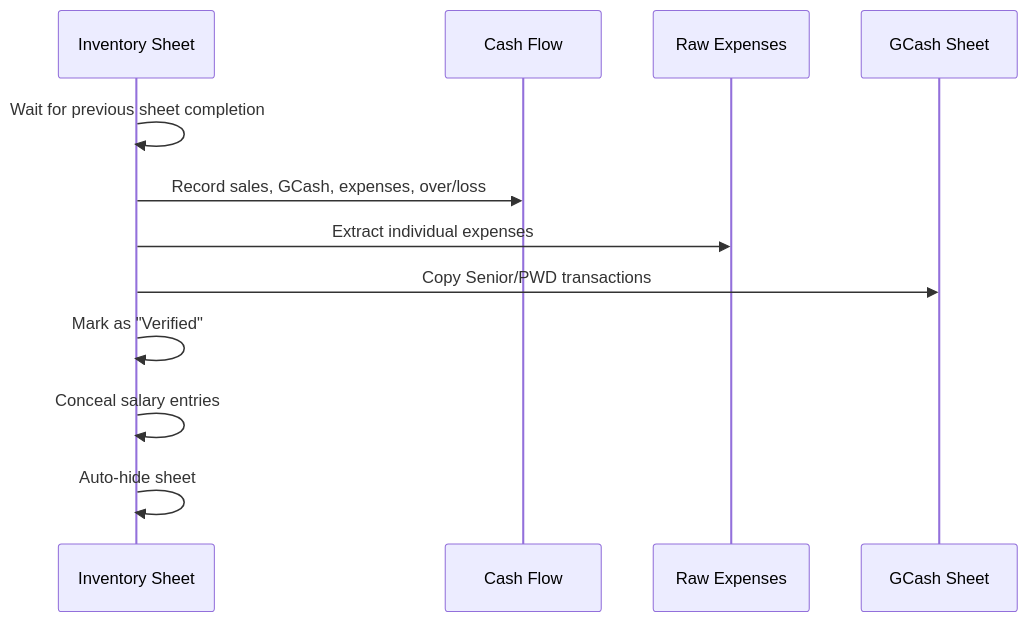
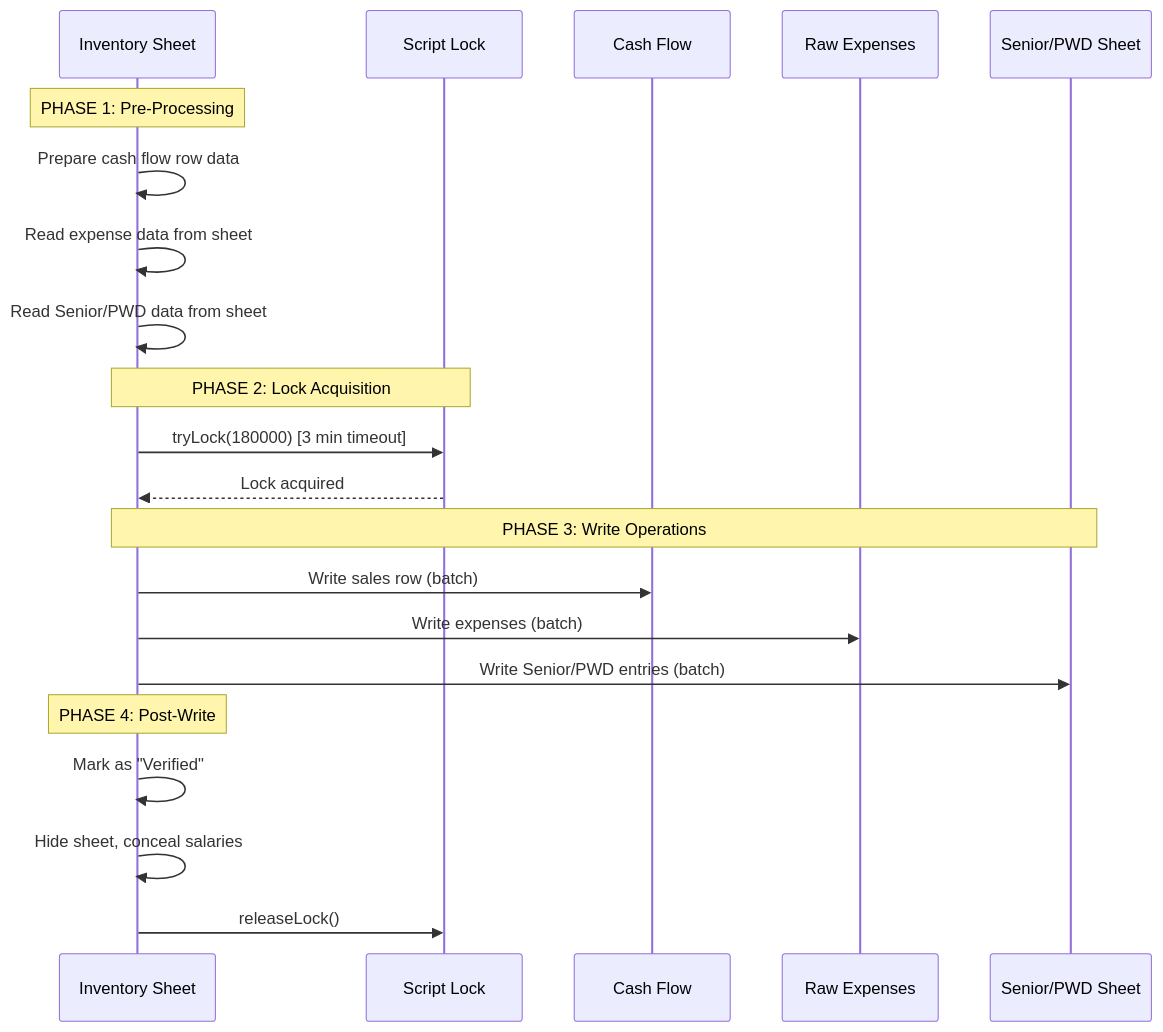
One commit to PatrickJoshua/MB-Inventory-System changed the third of 4 diagrams in PROJECT_DOCUMENTATION.md. Above: the diagram before and after it, drawn with Mermaid. The commit also changed other lines of this file and 1 other file, not shown here.

Commit message:
docs: Update sales collection process documentation to detail concurrency control, pre-processing, and batch writing; refactor: Format JS utility functions and correct `startsWith` method call.

````diff
--- a/PROJECT_DOCUMENTATION.md
+++ b/PROJECT_DOCUMENTATION.md
@@ -185,15 +185,27 @@
 ```mermaid
 sequenceDiagram
     participant INV as Inventory Sheet
+    participant LOCK as Script Lock
     participant CF as Cash Flow
     participant EXP as Raw Expenses
-    participant GCASH as GCash Sheet
+    participant SENIOR as Senior/PWD Sheet
     
-    INV->>INV: Wait for previous sheet completion
-    INV->>CF: Record sales, GCash, expenses, over/loss
-    INV->>EXP: Extract individual expenses
-    INV->>GCASH: Copy Senior/PWD transactions
+    Note over INV: PHASE 1: Pre-Processing
+    INV->>INV: Prepare cash flow row data
+    INV->>INV: Read expense data from sheet
+    INV->>INV: Read Senior/PWD data from sheet
+    
+    Note over INV,LOCK: PHASE 2: Lock Acquisition
+    INV->>LOCK: tryLock(180000) [3 min timeout]
+    LOCK-->>INV: Lock acquired
+    
+    Note over INV,SENIOR: PHASE 3: Write Operations
+    INV->>CF: Write sales row (batch)
+    INV->>EXP: Write expenses (batch)
+    INV->>SENIOR: Write Senior/PWD entries (batch)
+    
+    Note over INV: PHASE 4: Post-Write
     INV->>INV: Mark as "Verified"
-    INV->>INV: Conceal salary entries
-    INV->>INV: Auto-hide sheet
+    INV->>INV: Hide sheet, conceal salaries
+    INV->>LOCK: releaseLock()
 ```
````
